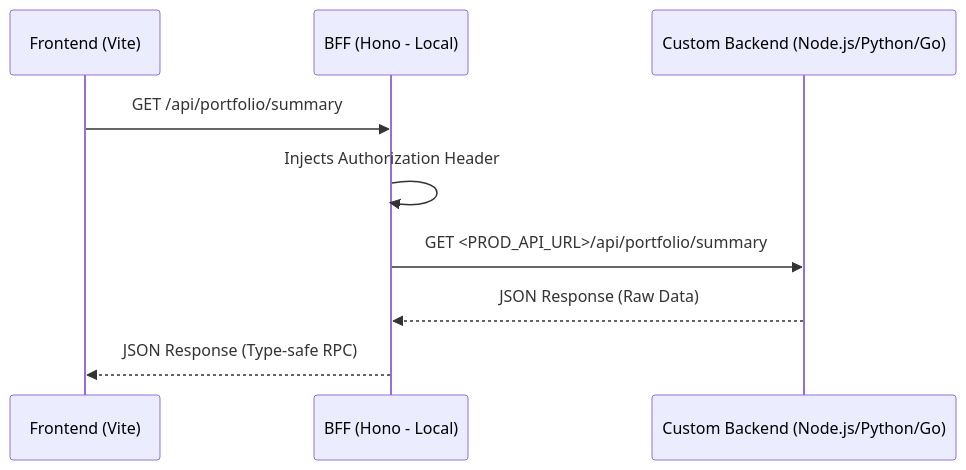
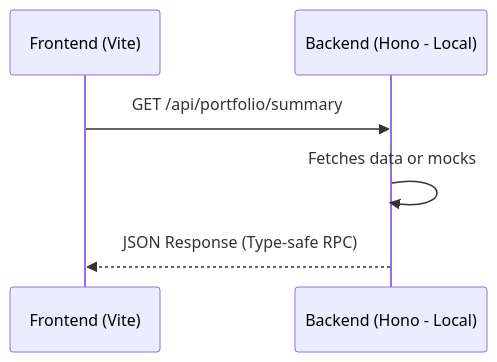
The diagram in docs/api-integration.md (nelomr/kryptofolio), drawn with Mermaid before and after one commit. The commit also changed other lines of this file and 83 other files, not shown here.

Commit message:
feat: backend consolidation, DuckDB adapter, and dual-db architecture

````diff
--- a/docs/api-integration.md
+++ b/docs/api-integration.md
@@ -20,12 +14,9 @@
 ```mermaid
 sequenceDiagram
     participant Browser as Frontend (Vite)
-    participant BFF as BFF (Hono - Local)
-    participant Backend as Custom Backend (Node.js/Python/Go)
+    participant Backend as Backend (Hono - Local)
 
-    Browser->>BFF: GET /api/portfolio/summary
-    BFF->>BFF: Injects Authorization Header
-    BFF->>Backend: GET <PROD_API_URL>/api/portfolio/summary
-    Backend-->>BFF: JSON Response (Raw Data)
-    BFF-->>Browser: JSON Response (Type-safe RPC)
+    Browser->>Backend: GET /api/portfolio/summary
+    Backend->>Backend: Fetches data or mocks
+    Backend-->>Browser: JSON Response (Type-safe RPC)
 ```
````
